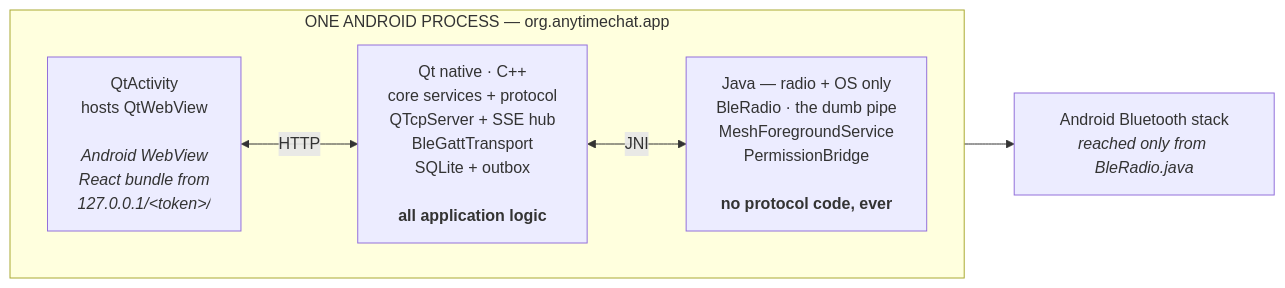
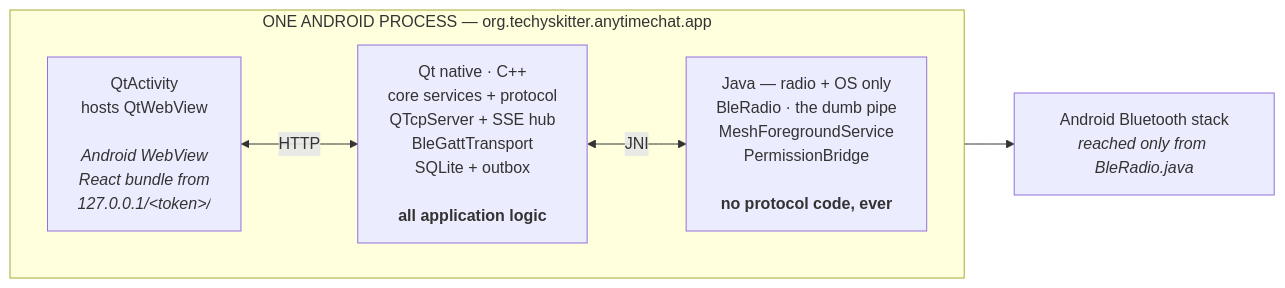
The sixth of 6 diagrams in docs/ARCHITECTURE.md (VinayIsHere/AnyTime-Chat-Offline-and-Online-Nearby-Messaging), drawn with Mermaid before and after one commit. The commit also changed 4 other files, not shown here.

First line of the commit message:
Rename the Android package to org.techyskitter.anytimechat.app

````diff
--- a/docs/ARCHITECTURE.md
+++ b/docs/ARCHITECTURE.md
@@ -855,12 +855,12 @@
 ```mermaid
 flowchart LR
-    subgraph PROC["ONE ANDROID PROCESS — org.anytimechat.app"]
+    subgraph PROC["ONE ANDROID PROCESS — org.techyskitter.anytimechat.app"]
         direction LR
         ACT["QtActivity<br/>hosts QtWebView<br/><br/><i>Android WebView</i><br/><i>React bundle from</i><br/><i>127.0.0.1/&lt;token&gt;/</i>"]
         CPP["Qt native · C++<br/>core services + protocol<br/>QTcpServer + SSE hub<br/>BleGattTransport<br/>SQLite + outbox<br/><br/><b>all application logic</b>"]
         JAVA["Java — radio + OS only<br/>BleRadio · the dumb pipe<br/>MeshForegroundService<br/>PermissionBridge<br/><br/><b>no protocol code, ever</b>"]
         ACT <-->|HTTP| CPP
         CPP <-->|JNI| JAVA
     end
     JAVA --> BT["Android Bluetooth stack<br/><i>reached only from BleRadio.java</i>"]
 ```
````
